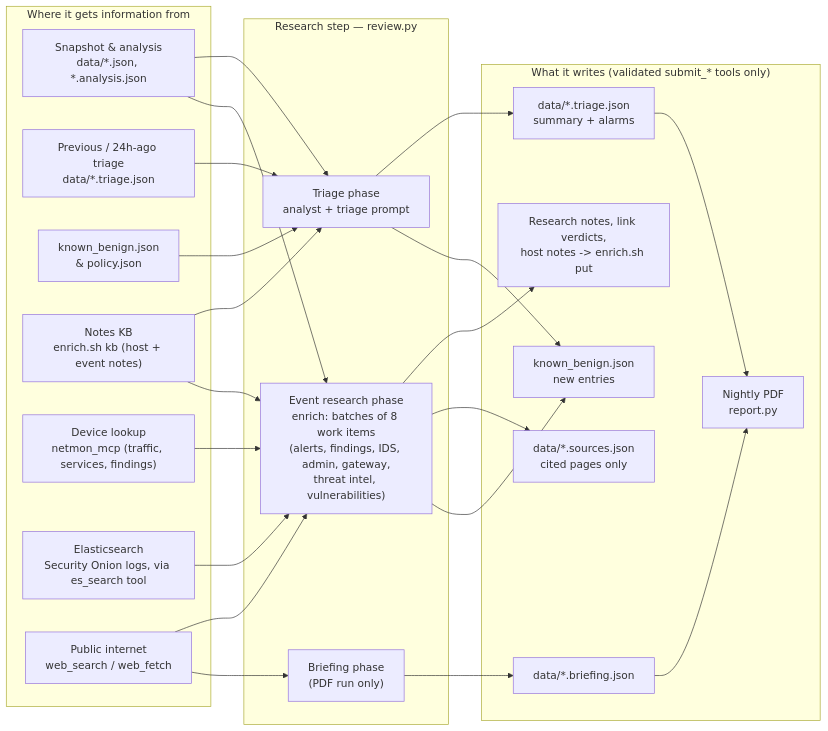
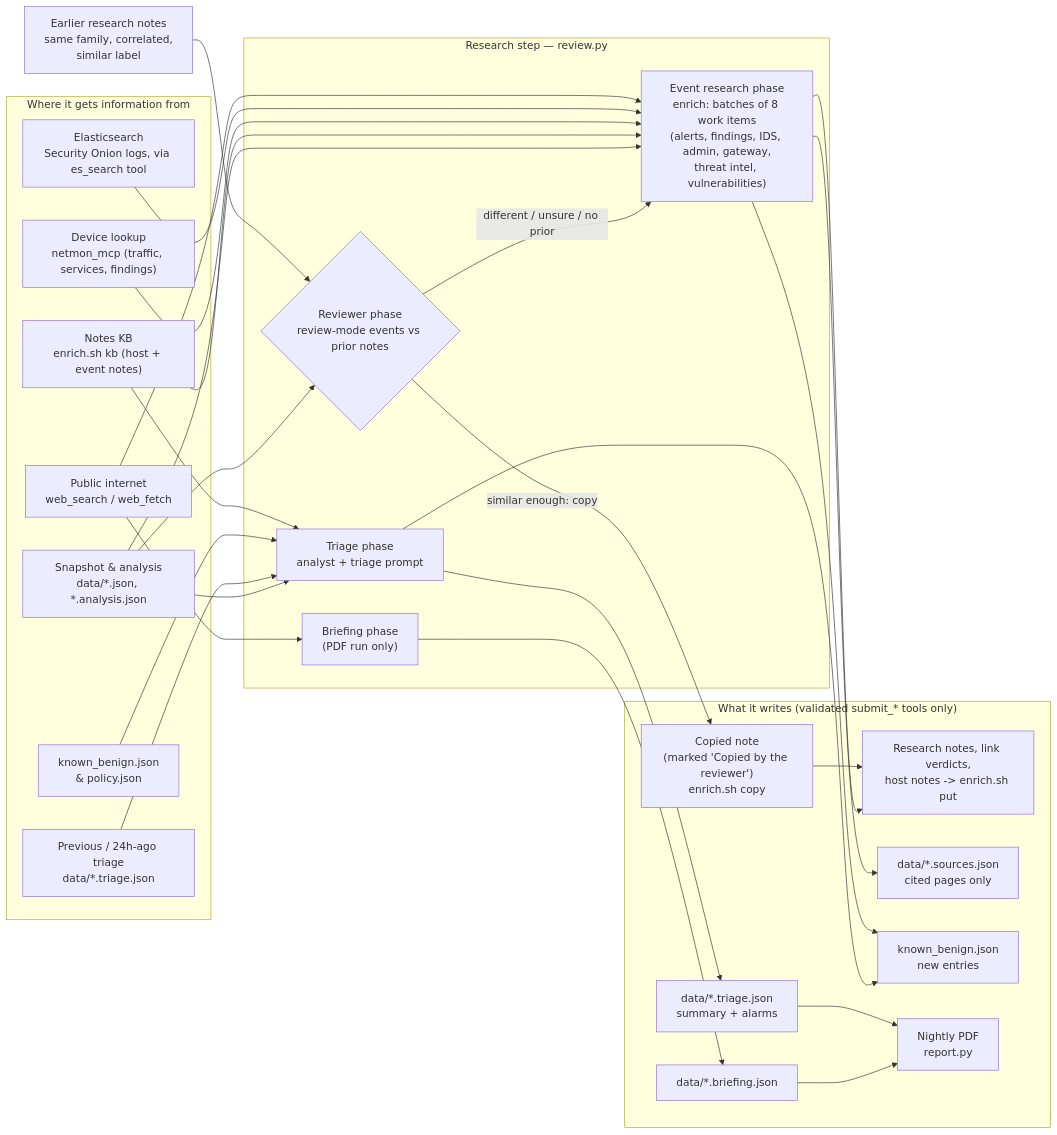
Before and after one commit to hermeslohin/netmon: the diagram in docs/CORRELATION.md, drawn with Mermaid. The commit also changed other lines of this file and 3 other files, not shown here.

First line of the commit message:
docs: reviewer copy-or-research step in correlation doc, user guide, architecture diagram

````diff
--- a/docs/CORRELATION.md
+++ b/docs/CORRELATION.md
@@ -196,47 +196,54 @@
 ```mermaid
 flowchart LR
     subgraph SRC["Where it gets information from"]
         SNAP["Snapshot & analysis\ndata/*.json, *.analysis.json"]
         HIST["Previous / 24h-ago triage\ndata/*.triage.json"]
         POL["known_benign.json\n& policy.json"]
         KB["Notes KB\nenrich.sh kb (host + event notes)"]
         DEV["Device lookup\nnetmon_mcp (traffic, services, findings)"]
         ES["Elasticsearch\nSecurity Onion logs, via es_search tool"]
         WEB["Public internet\nweb_search / web_fetch"]
     end
 
     subgraph JOB["Research step — review.py"]
         T["Triage phase\nanalyst + triage prompt"]
+        RV{"Reviewer phase\nreview-mode events vs prior notes"}
         R["Event research phase\nenrich: batches of 8 work items\n(alerts, findings, IDS, admin, gateway,\nthreat intel, vulnerabilities)"]
         B["Briefing phase\n(PDF run only)"]
     end
 
     subgraph OUT["What it writes (validated submit_* tools only)"]
         TJ["data/*.triage.json\nsummary + alarms"]
+        COPY["Copied note\n(marked 'Copied by the reviewer')\nenrich.sh copy"]
         NOTES["Research notes, link verdicts,\nhost notes -> enrich.sh put"]
         SRC2["data/*.sources.json\ncited pages only"]
         BEN["known_benign.json\nnew entries"]
         BJ["data/*.briefing.json"]
         PDF["Nightly PDF\nreport.py"]
     end
 
     SNAP --> T
     HIST --> T
     POL --> T
     KB --> T
+    SNAP --> RV
+    PRIOR["Earlier research notes\nsame family, correlated,\nsimilar label"] --> RV
+    RV -- "similar enough: copy" --> COPY
+    RV -- "different / unsure / no prior" --> R
     SNAP --> R
     KB --> R
     DEV --> R
     ES --> R
     WEB --> R
     WEB --> B
 
     T --> TJ
     T --> BEN
     R --> NOTES
+    COPY --> NOTES
     R --> SRC2
     R --> BEN
     B --> BJ
     BJ --> PDF
     TJ --> PDF
 ```
````
